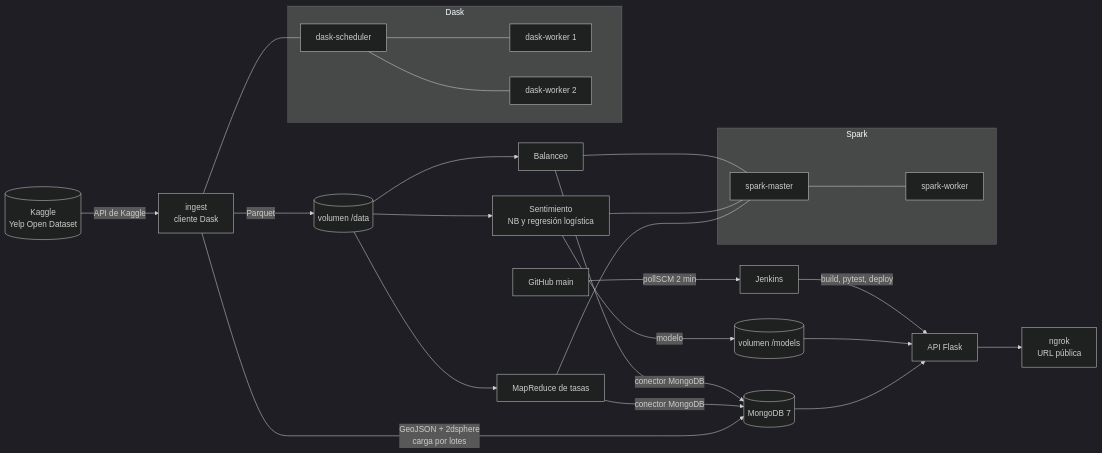
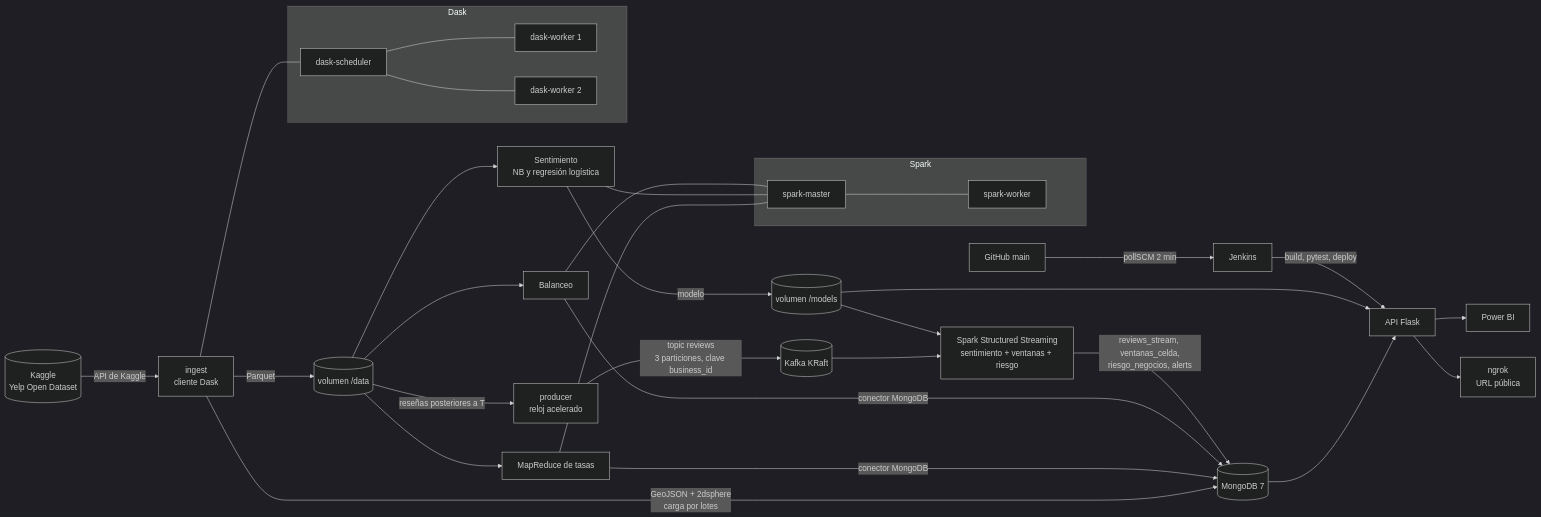
Before and after one commit to santiarcila23/lifemap: the diagram in README.md, drawn with Mermaid (dark theme). The commit also changed other lines of this file and 27 other files, not shown here.

Commit message:
Entrega 2: Kafka, streaming, hotspots, Kaplan-Meier, riesgo de cierre, alertas y pagina nueva

````diff
--- a/README.md
+++ b/README.md
@@ -21,20 +25,24 @@
 ```mermaid
 flowchart LR
   K[(Kaggle<br/>Yelp Open Dataset)] -->|API de Kaggle| I[ingest<br/>cliente Dask]
   subgraph Dask
     DS[dask-scheduler] --- DW1[dask-worker 1] & DW2[dask-worker 2]
   end
   I --- DS
   I -->|GeoJSON + 2dsphere<br/>carga por lotes| M[(MongoDB 7)]
   I -->|Parquet| V[(volumen /data)]
   subgraph Spark
     SM[spark-master] --- SW[spark-worker]
   end
   V --> J1[MapReduce de tasas] & J2[Sentimiento<br/>NB y regresión logística] & J3[Balanceo]
   J1 & J2 & J3 --- SM
   J1 & J3 -->|conector MongoDB| M
   J2 -->|modelo| MO[(volumen /models)]
   M & MO --> A[API Flask]
+  V -->|reseñas posteriores a T| P[producer<br/>reloj acelerado] -->|topic reviews<br/>3 particiones, clave business_id| KF[(Kafka KRaft)]
+  KF --> ST[Spark Structured Streaming<br/>sentimiento + ventanas + riesgo] -->|reviews_stream, ventanas_celda,<br/>riesgo_negocios, alerts| M
+  MO --> ST
+  A --> PBI[Power BI]
   A --> T[ngrok<br/>URL pública]
   G[GitHub main] -->|pollSCM 2 min| JK[Jenkins] -->|build, pytest, deploy| A
 ```
````
